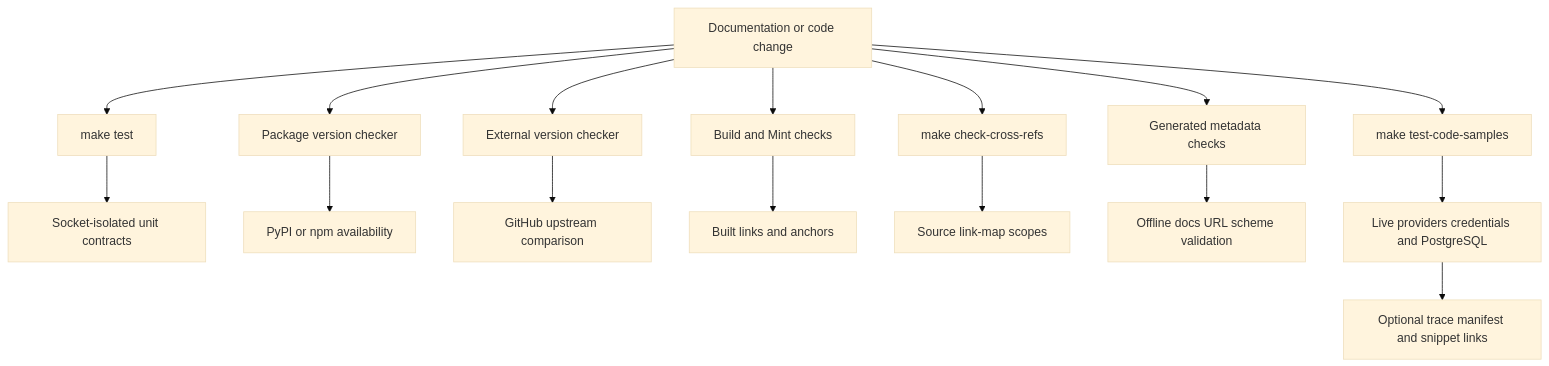
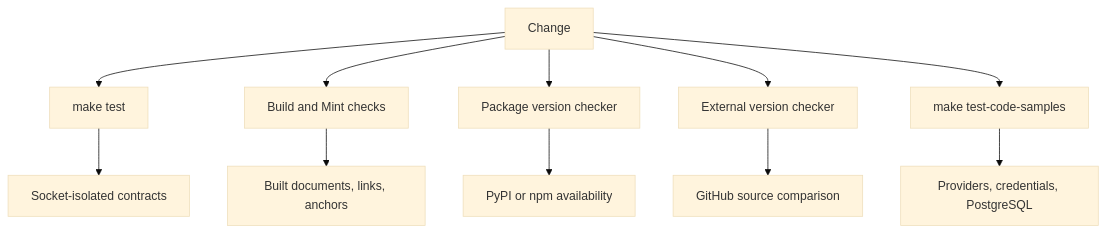
The first of 2 diagrams in openwiki/testing/test-overview.md (langchain-ai/docs), drawn with Mermaid (base theme) before and after one commit. The commit also changed other lines of this file and 25 other files, not shown here.

````diff
--- a/openwiki/testing/test-overview.md
+++ b/openwiki/testing/test-overview.md
@@ -70,18 +84,13 @@
 ```mermaid
 flowchart TD
-  Change["Documentation or code change"] --> Unit["make test"]
-  Unit --> Offline["Socket-isolated unit contracts"]
-  Change --> Package["Package version checker"]
-  Package --> Registry["PyPI or npm availability"]
-  Change --> Mirror["External version checker"]
-  Mirror --> Upstream["GitHub upstream comparison"]
+  Change["Change"] --> Unit["make test"]
+  Unit --> Offline["Socket-isolated contracts"]
   Change --> Build["Build and Mint checks"]
-  Build --> Links["Built links and anchors"]
-  Change --> RefCheck["make check-cross-refs"]
-  RefCheck --> Maps["Source link-map scopes"]
-  Change --> Generated["Generated metadata checks"]
-  Generated --> SafeURL["Offline docs URL scheme validation"]
+  Build --> Rendered["Built documents, links, anchors"]
+  Change --> Registry["Package version checker"]
+  Registry --> Published["PyPI or npm availability"]
+  Change --> Upstream["External version checker"]
+  Upstream --> Mirror["GitHub source comparison"]
   Change --> Samples["make test-code-samples"]
-  Samples --> Live["Live providers credentials and PostgreSQL"]
-  Live --> Trace["Optional trace manifest and snippet links"]
+  Samples --> Live["Providers, credentials, PostgreSQL"]
 ```
````
